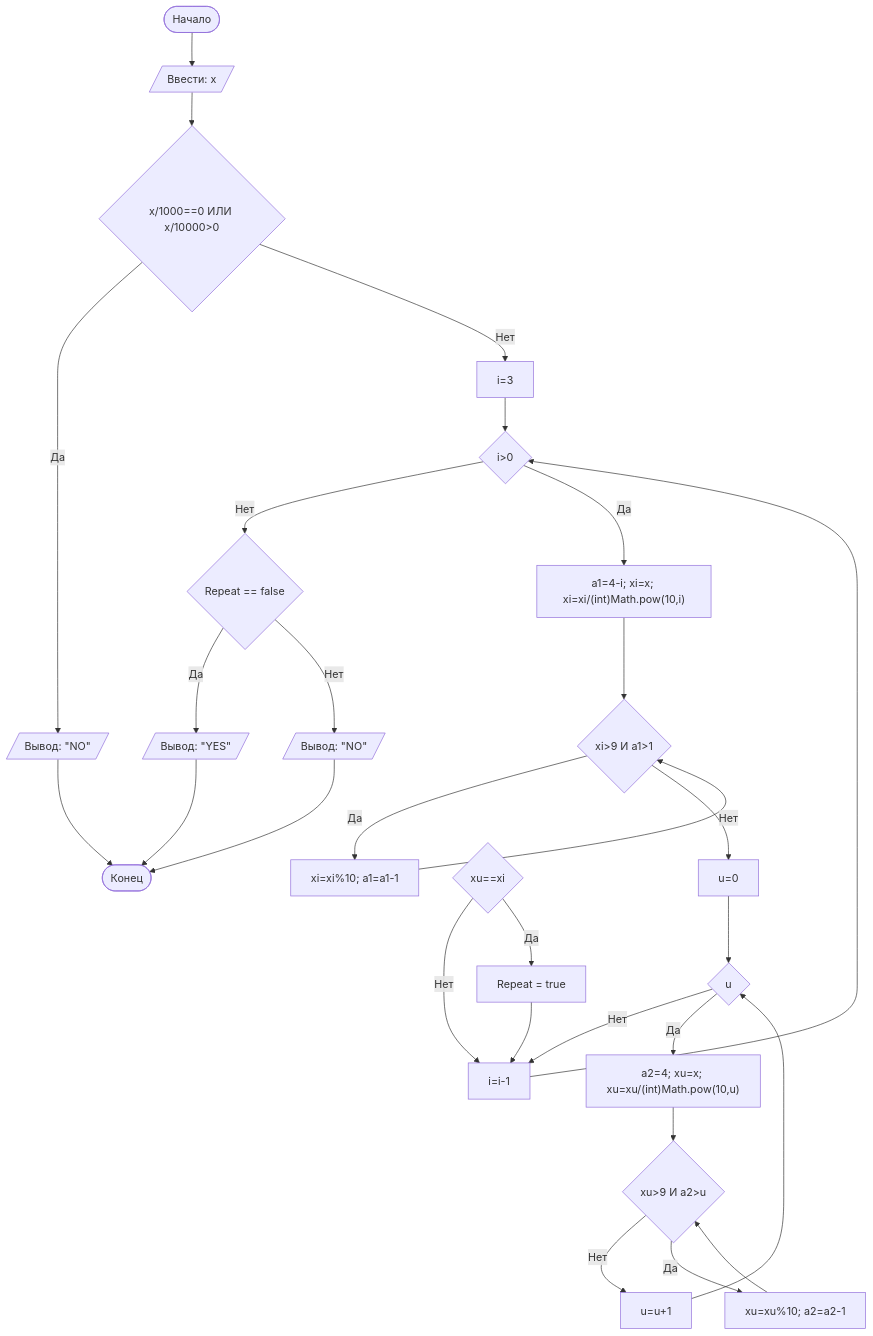
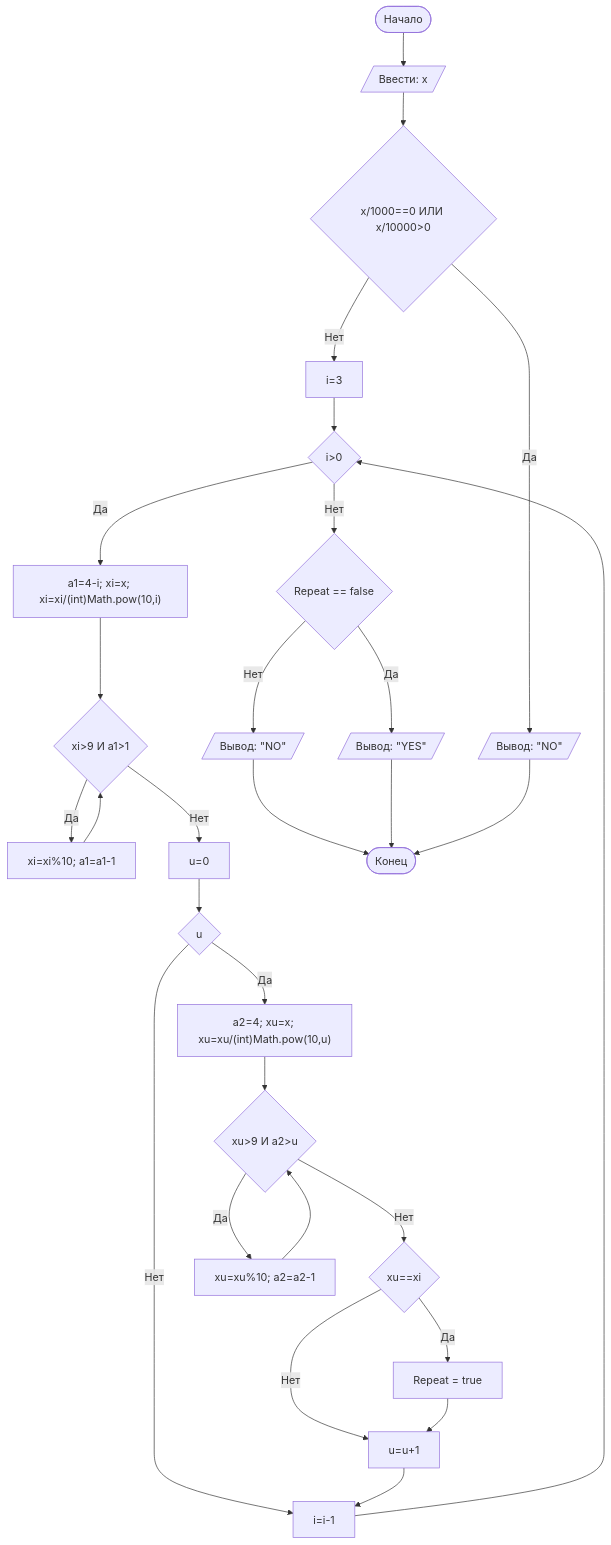
The diagram in README.md (Tabooretishe/Lab1), drawn with Mermaid before and after one commit.

````diff
--- a/README.md
+++ b/README.md
@@ -83,33 +83,32 @@
 ```mermaid
 graph TD
     A([Начало]) --> B[/Ввести: x/]
     B --> C{x/1000==0 ИЛИ x/10000>0}
     C -- Да --> D[/Вывод: "NO"/]
     C -- Нет --> Y[i=3]
-    Y-->R{i>0}
+    Y --> R{i>0}
     R -- Нет --> P{Repeat == false}
-    R--Да-->W["a1=4-i; xi=x; xi=xi/(int)Math.pow(10,i)"]
-    W-->S{xi>9 И a1>1}
-    S-- Да --> I[xi=xi%10; a1=a1-1]
-    I-->S
-    S-- Нет --> X[u=0]
-    X-->O{u<i}
+    R -- Да --> W["a1=4-i; xi=x; xi=xi/(int)Math.pow(10,i)"]
+    W --> S{xi>9 И a1>1}
+    S -- Да --> I[xi=xi%10; a1=a1-1]
+    I --> S
+    S -- Нет --> X[u=0]
+    X --> O{u<i}
     O -- Нет --> Q[i=i-1]
-    O-- Да --> F["a2=4; xu=x; xu=xu/(int)Math.pow(10,u)"]
-    F-->M{xu>9 И a2>u}
-    M-- Нет --> QQ[u=u+1]
-    M-- Да --> G[xu=xu%10; a2=a2-1]
-    G-->M
-    QQ-->O
-    N{xu==xi}
-    N-- Нет --> Q
+    O -- Да --> F["a2=4; xu=x; xu=xu/(int)Math.pow(10,u)"]
+    F --> M{xu>9 И a2>u}
+    M -- Нет --> N{xu==xi}
+    M -- Да --> G[xu=xu%10; a2=a2-1]
+    G --> M
+    N-- Нет --> QQ[u=u+1]
     N-- Да --> FE[Repeat = true]
-    FE-->Q
-    Q-->R
+    FE --> QQ
+    QQ --> Q
+    Q --> R
     P--Да-->L[/Вывод: "YES"/]
     P--Нет-->K[/Вывод: "NO"/]
     K-->Z
     L-->Z
     D --> Z([Конец])
 
 ```
````
